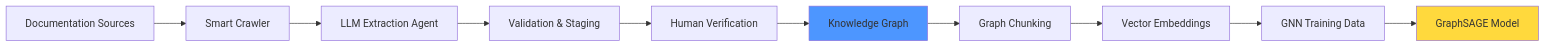
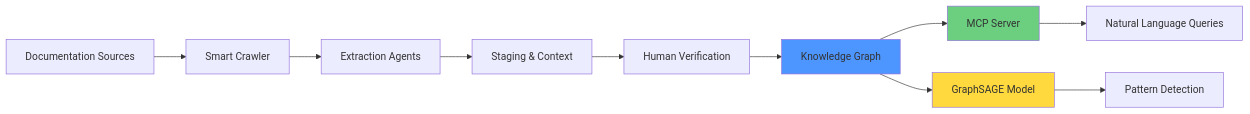
Before and after one commit to Lizo-RoadTown/PROVES_LIBRARY: the diagram in README.md, drawn with Mermaid. The commit also changed other lines of this file, not shown here.

````diff
--- a/README.md
+++ b/README.md
@@ -91,15 +175,16 @@
 ```mermaid
 graph LR
     A[Documentation Sources] --> B[Smart Crawler]
-    B --> C[LLM Extraction Agent]
-    C --> D[Validation & Staging]
+    B --> C[Extraction Agents]
+    C --> D[Staging & Context]
     D --> E[Human Verification]
     E --> F[Knowledge Graph]
-    F --> G[Graph Chunking]
-    G --> H[Vector Embeddings]
-    H --> I[GNN Training Data]
-    I --> J[GraphSAGE Model]
+    F --> G[MCP Server]
+    F --> H[GraphSAGE Model]
+    G --> I[Natural Language Queries]
+    H --> J[Pattern Detection]
 
     style F fill:#4D96FF
-    style J fill:#FFD93D
+    style G fill:#6BCF7F
+    style H fill:#FFD93D
 ```
````
